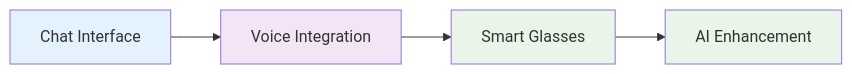
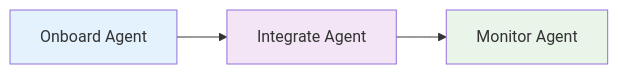
One commit to aCoodleDoo/py-intro changed the diagram in pages/implementation.md. Above: the diagram before and after it, drawn with Mermaid. The commit also changed other lines of this file and 8 other files, not shown here.

````diff
--- a/pages/implementation.md
+++ b/pages/implementation.md
@@ -18,11 +18,9 @@
 ```mermaid
 flowchart LR
-    A[Chat Interface] --> B[Voice Integration]
-    B --> C[Smart Glasses]
-    C --> D[AI Enhancement]
+    A[Onboard Agent] --> B[Integrate Agent]
+    B --> C[Monitor Agent]
 
     style A fill:#e3f2fd
     style B fill:#f3e5f5
     style C fill:#e8f5e8
-    style D fill:#e8f5e8
 ```
````
